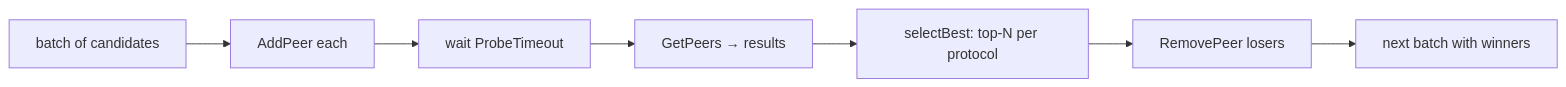
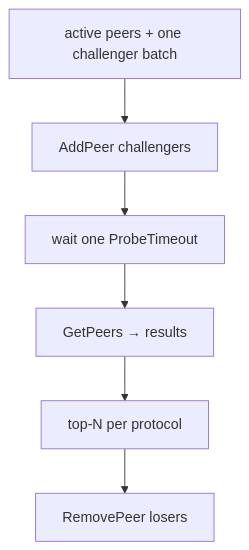
The second of 2 diagrams in mod/peermgr/README.md (voluminor/ratatoskr), drawn with Mermaid before and after one commit. The commit also changed other lines of this file and 273 other files, not shown here.

````diff
--- a/mod/peermgr/README.md
+++ b/mod/peermgr/README.md
@@ -93,9 +118,8 @@
 ```mermaid
-flowchart LR
-    Batch["batch of candidates"] --> AddPeer["AddPeer each"]
-    AddPeer --> Wait["wait ProbeTimeout"]
+flowchart TD
+    Batch["active peers + one challenger batch"] --> AddPeer["AddPeer challengers"]
+    AddPeer --> Wait["wait one ProbeTimeout"]
     Wait --> GetPeers["GetPeers → results"]
-    GetPeers --> Select["selectBest: top-N per protocol"]
+    GetPeers --> Select["top-N per protocol"]
     Select --> Remove["RemovePeer losers"]
-    Remove --> Next["next batch with winners"]
 ```
````
